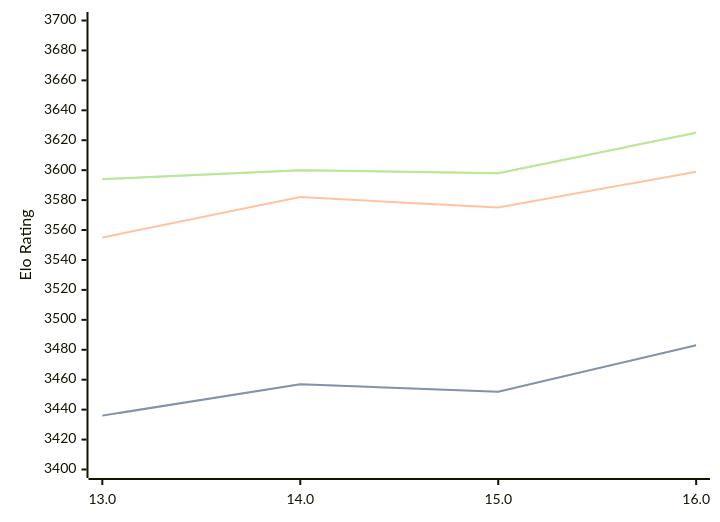
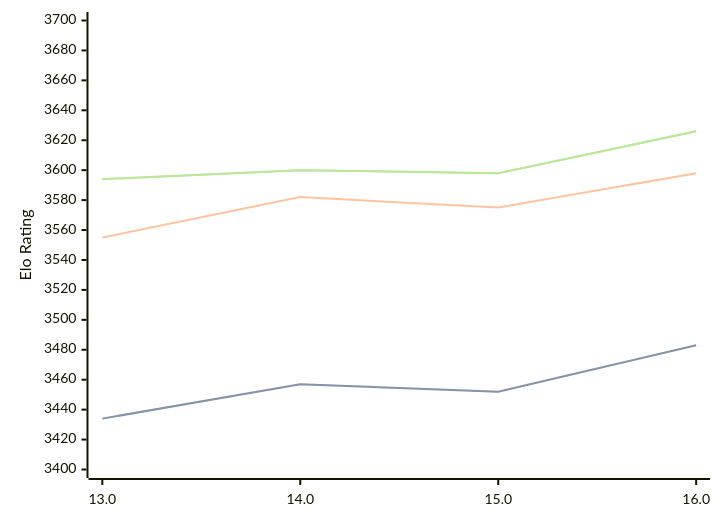
The diagram in engines/Obsidian.md (computer-chess-index/cci), drawn with Mermaid before and after one commit. The commit also changed other lines of this file, not shown here.

Commit message:
Update CCI Ratings (ELO VLTC) - 2026-03-03

````diff
--- a/engines/Obsidian.md
+++ b/engines/Obsidian.md
@@ -41,11 +41,11 @@
 ```mermaid
 %%{init: {"theme":"base","themeVariables":{"seriesColors:['#a3a3a3','#222221','#faa371']}}}%%
 xychart-beta
   x-axis ["13.0", "14.0", "15.0", "16.0"]
   y-axis "Elo Rating" 3400 --> 3700
-  line "STC (8.0+0.08s)" [3436, 3457, 3452, 3483]
-  line "STC (8.0+0.08s)" [3436, 3457, 3452, 3483]
-  line "LTC (60.0+0.60s)" [3555, 3582, 3575, 3599]
-  line "VLTC (2m24s+1.12s)" [3594, 3600, 3598, 3625]
-  line "VLTC (2m24s+1.12s)" [3594, 3600, 3598, 3625]
+  line "STC (8.0+0.08s)" [3434, 3457, 3452, 3483]
+  line "STC (8.0+0.08s)" [3434, 3457, 3452, 3483]
+  line "LTC (60.0+0.60s)" [3555, 3582, 3575, 3598]
+  line "VLTC (2m24s+1.12s)" [3594, 3600, 3598, 3626]
+  line "VLTC (2m24s+1.12s)" [3594, 3600, 3598, 3626]
 ```
````
